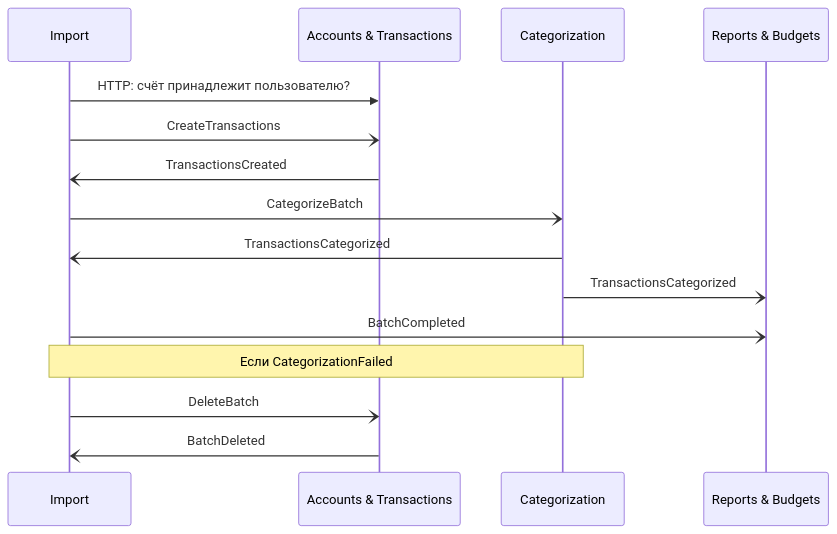
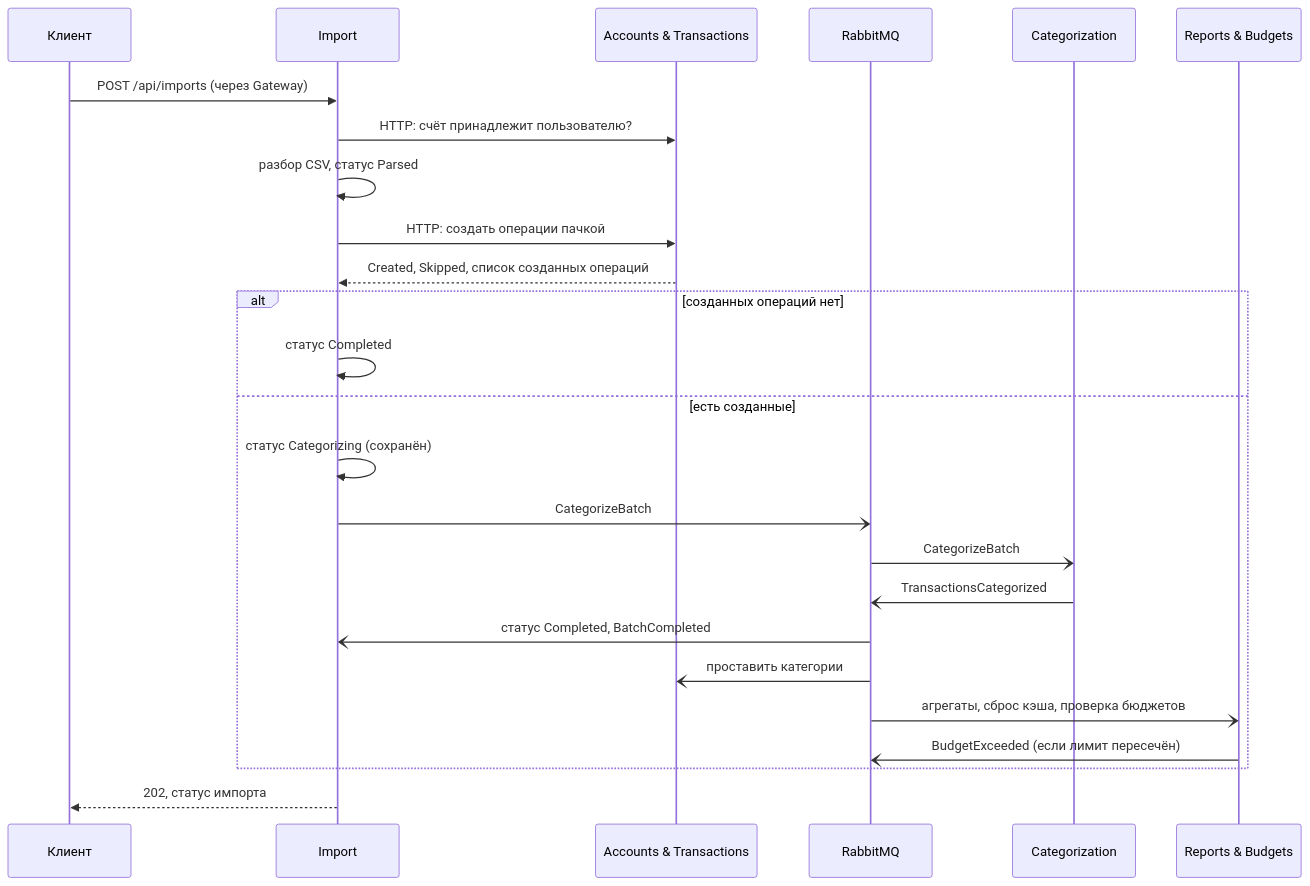
Before and after one commit to juggernator13/finance-tracker: the second of 2 diagrams in docs/ARCHITECTURE.md, drawn with Mermaid. The commit also changed other lines of this file, not shown here.

Commit message:
docs: update architecture

````diff
--- a/docs/ARCHITECTURE.md
+++ b/docs/ARCHITECTURE.md
@@ -120,18 +132,28 @@
 ```mermaid
 sequenceDiagram
+    participant C as Клиент
     participant IM as Import
     participant AT as Accounts & Transactions
+    participant MQ as RabbitMQ
     participant CT as Categorization
     participant RB as Reports & Budgets
 
+    C->>IM: POST /api/imports (через Gateway)
     IM->>AT: HTTP: счёт принадлежит пользователю?
-    IM-)AT: CreateTransactions
-    AT-)IM: TransactionsCreated
-    IM-)CT: CategorizeBatch
-    CT-)IM: TransactionsCategorized
-    CT-)RB: TransactionsCategorized
-    IM-)RB: BatchCompleted
-    Note over IM,CT: Если CategorizationFailed
-    IM-)AT: DeleteBatch
-    AT-)IM: BatchDeleted
+    IM->>IM: разбор CSV, статус Parsed
+    IM->>AT: HTTP: создать операции пачкой
+    AT-->>IM: Created, Skipped, список созданных операций
+    alt созданных операций нет
+        IM->>IM: статус Completed
+    else есть созданные
+        IM->>IM: статус Categorizing (сохранён)
+        IM-)MQ: CategorizeBatch
+        MQ-)CT: CategorizeBatch
+        CT-)MQ: TransactionsCategorized
+        MQ-)IM: статус Completed, BatchCompleted
+        MQ-)AT: проставить категории
+        MQ-)RB: агрегаты, сброс кэша, проверка бюджетов
+        RB-)MQ: BudgetExceeded (если лимит пересечён)
+    end
+    IM-->>C: 202, статус импорта
 ```
````
